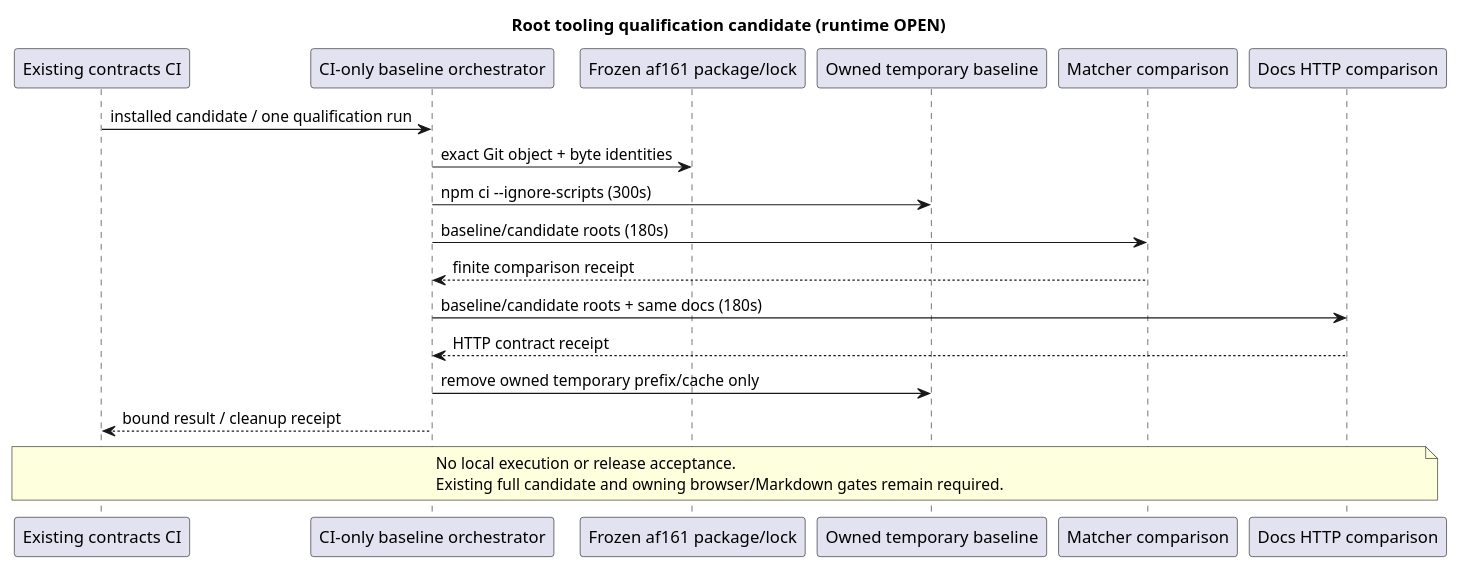
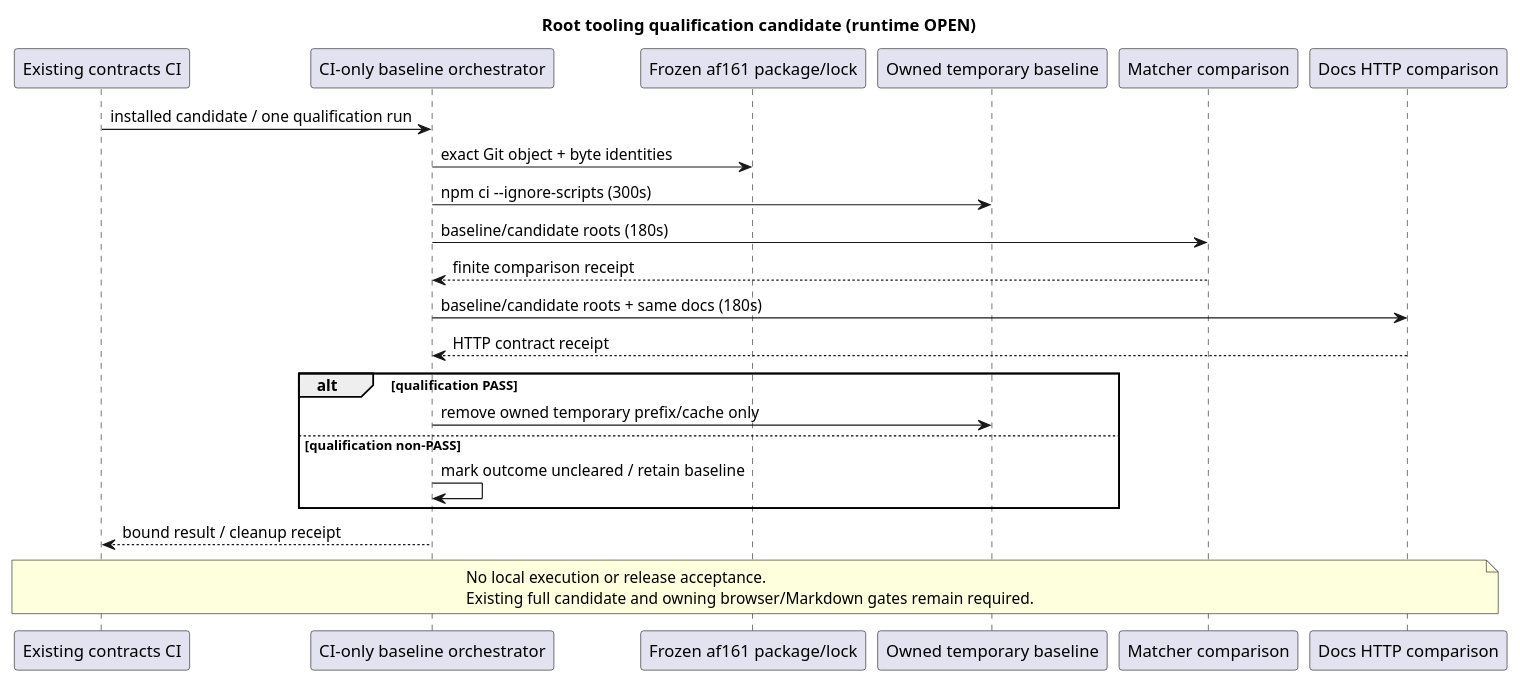
One commit to NeaBouli/inferno changed the second of 14 diagrams in docs/architecture/main-path.puml. Above: the diagram before and after it, drawn with PlantUML. The commit also changed 2 other files, not shown here.

Commit message:
fix(tooling): retain baseline for failed qualification

```diff
--- a/docs/architecture/main-path.puml
+++ b/docs/architecture/main-path.puml
@@ -47,22 +47,26 @@
 @startuml
 title Root tooling qualification candidate (runtime OPEN)
 participant "Existing contracts CI" as CI
 participant "CI-only baseline orchestrator" as A
 participant "Frozen af161 package/lock" as Frozen
 participant "Owned temporary baseline" as Baseline
 participant "Matcher comparison" as B
 participant "Docs HTTP comparison" as C
 CI -> A : installed candidate / one qualification run
 A -> Frozen : exact Git object + byte identities
 A -> Baseline : npm ci --ignore-scripts (300s)
 A -> B : baseline/candidate roots (180s)
 B --> A : finite comparison receipt
 A -> C : baseline/candidate roots + same docs (180s)
 C --> A : HTTP contract receipt
-A -> Baseline : remove owned temporary prefix/cache only
+alt qualification PASS
+  A -> Baseline : remove owned temporary prefix/cache only
+else qualification non-PASS
+  A -> A : mark outcome uncleared / retain baseline
+end
 A --> CI : bound result / cleanup receipt
 note over CI,C
 No local execution or release acceptance.
 Existing full candidate and owning browser/Markdown gates remain required.
 end note
 @enduml
```
